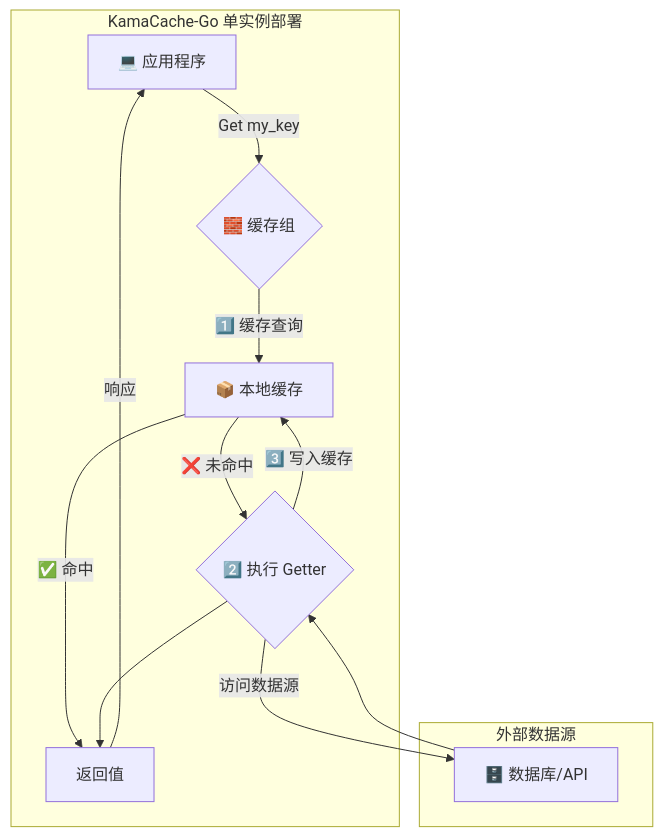
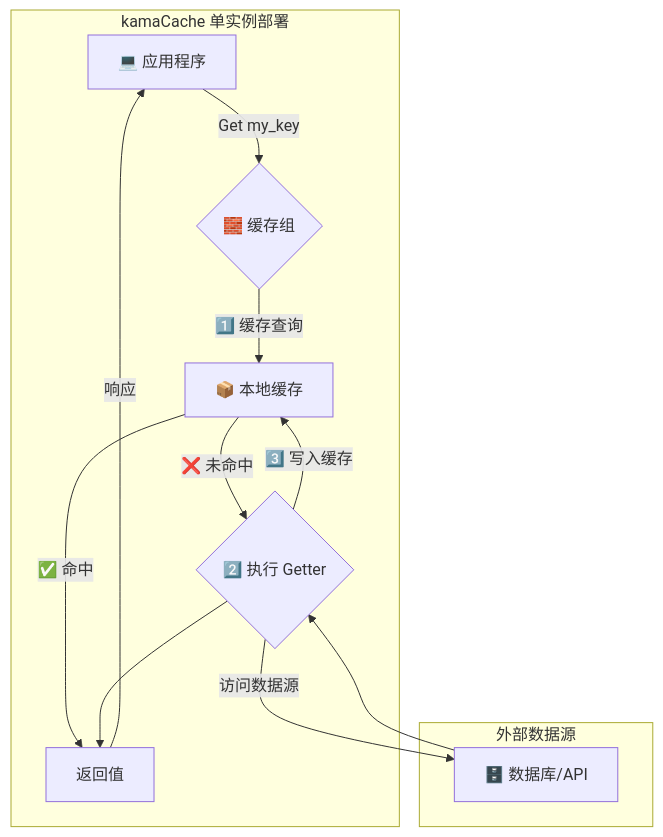
Before and after one commit to Rson9/kamaCache: the first of 2 diagrams in README.md, drawn with Mermaid. The commit also changed other lines of this file and 12 other files, not shown here.

````diff
--- a/README.md
+++ b/README.md
@@ -24,21 +24,21 @@
 ```mermaid
 graph TD
-    subgraph "KamaCache-Go 单实例部署"
+    subgraph "kamaCache 单实例部署"
     A[💻 应用程序] -->|Get my_key| B{🧱 缓存组}
         B -->|1️⃣ 缓存查询| C[📦 本地缓存]
         C -->|✅ 命中| D[返回值]
         C -->|❌ 未命中| E{2️⃣ 执行 Getter}
         E -->|3️⃣ 写入缓存| C
         E --> D
     end
 
     subgraph "外部数据源"
         F[🗄️ 数据库/API]
     end
 
     E -->|访问数据源| F
     F --> E
 
     D -->|响应| A
 
 ```
````
